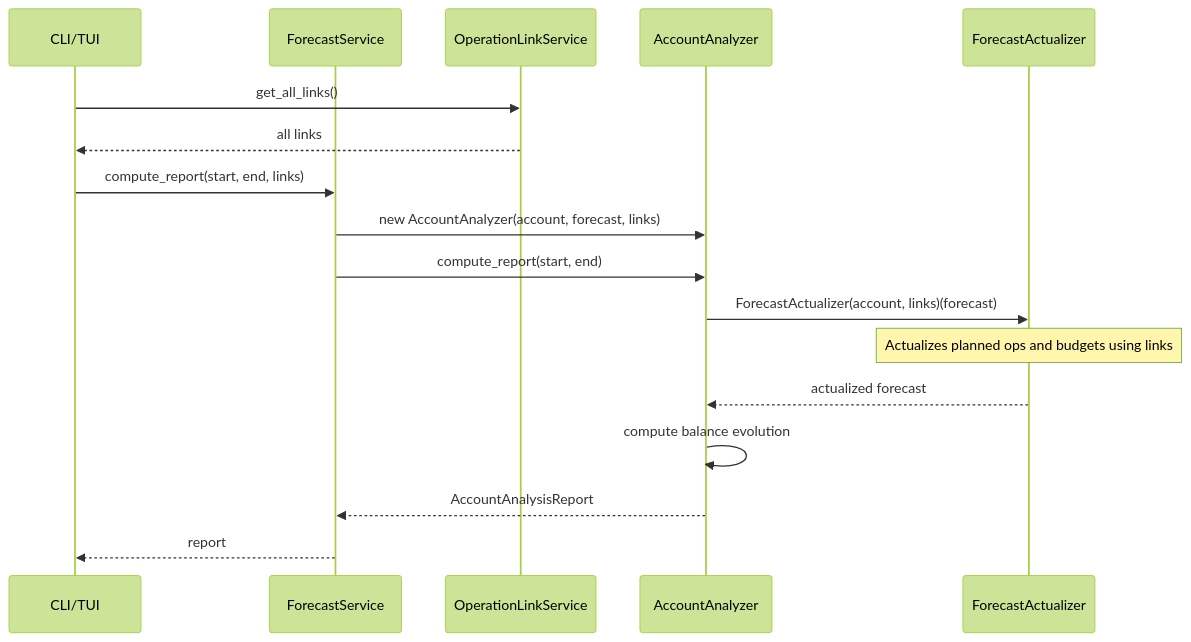
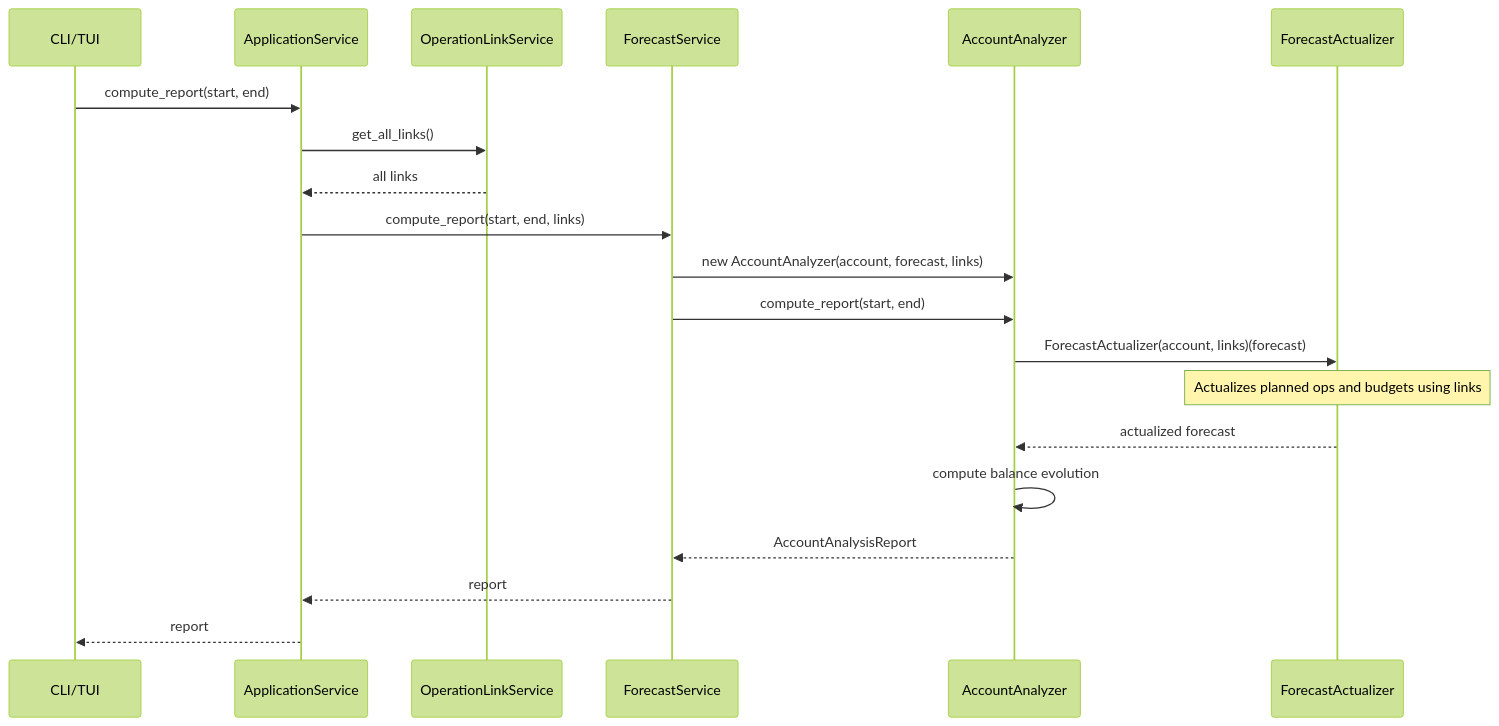
Before and after one commit to corentin-core/budget-forecaster: the seventh of 8 diagrams in docs/dev/operation-links.md, drawn with Mermaid (forest theme). The commit also changed other lines of this file and 11 other files, not shown here.

First line of the commit message:
refactor: improve type aliases and update architecture docs

````diff
--- a/docs/dev/operation-links.md
+++ b/docs/dev/operation-links.md
@@ -411,24 +422,27 @@
 ```mermaid
 sequenceDiagram
     participant CLI as CLI/TUI
+    participant AS as ApplicationService
+    participant OLS as OperationLinkService
     participant FS as ForecastService
-    participant OLS as OperationLinkService
     participant AA as AccountAnalyzer
     participant FA as ForecastActualizer
 
-    CLI->>OLS: get_all_links()
-    OLS-->>CLI: all links
-    CLI->>FS: compute_report(start, end, links)
+    CLI->>AS: compute_report(start, end)
+    AS->>OLS: get_all_links()
+    OLS-->>AS: all links
+    AS->>FS: compute_report(start, end, links)
 
     FS->>AA: new AccountAnalyzer(account, forecast, links)
     FS->>AA: compute_report(start, end)
 
     AA->>FA: ForecastActualizer(account, links)(forecast)
     Note over FA: Actualizes planned ops and budgets using links
     FA-->>AA: actualized forecast
 
     AA->>AA: compute balance evolution
     AA-->>FS: AccountAnalysisReport
 
-    FS-->>CLI: report
+    FS-->>AS: report
+    AS-->>CLI: report
 ```
````
